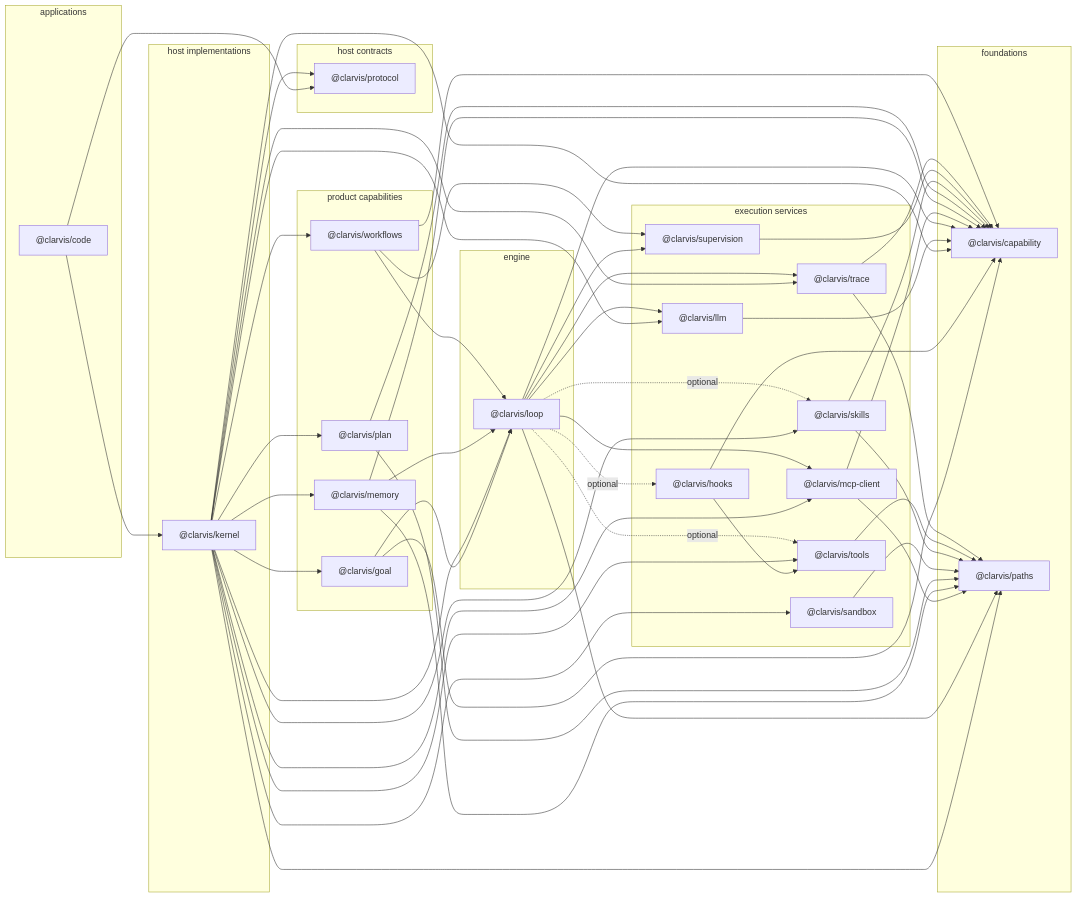
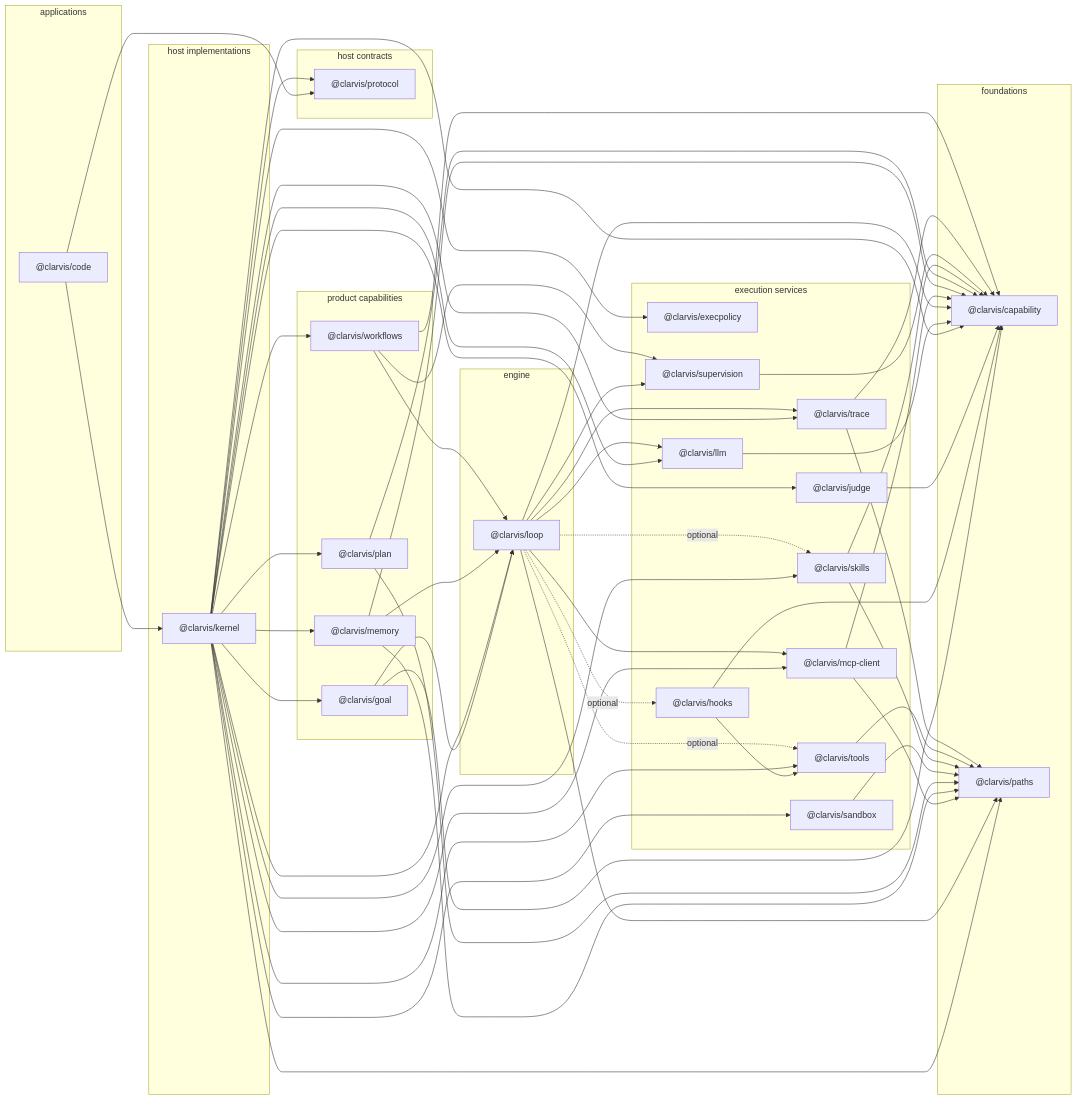
Before and after one commit to getclarvis/clarvis: the diagram in specs/package-coupling-analysis.md, drawn with Mermaid. The commit also changed other lines of this file and 192 other files, not shown here.

Commit message:
feat: add execution policy and judge approval flow

```diff
--- a/specs/package-coupling-analysis.md
+++ b/specs/package-coupling-analysis.md
@@ -60,7 +62,9 @@
     protocol["@clarvis/protocol"]
   end
   subgraph role_execution_service["execution services"]
+    execpolicy["@clarvis/execpolicy"]
     hooks["@clarvis/hooks"]
+    judge["@clarvis/judge"]
     llm["@clarvis/llm"]
     mcp_client["@clarvis/mcp-client"]
     sandbox["@clarvis/sandbox"]
@@ -90,8 +94,11 @@
   goal --> loop
   hooks --> capability
   hooks --> tools
+  judge --> capability
   kernel --> capability
+  kernel --> execpolicy
   kernel --> goal
+  kernel --> judge
   kernel --> llm
   kernel --> loop
   kernel --> mcp_client
```
